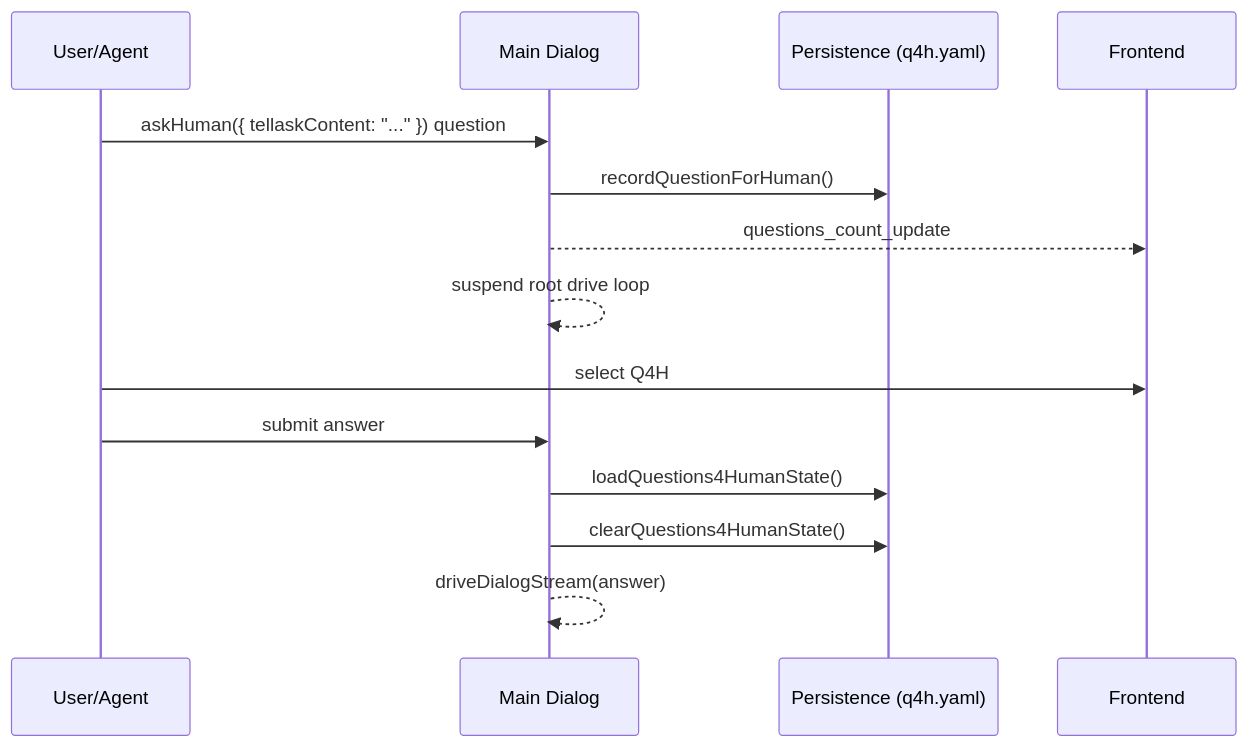
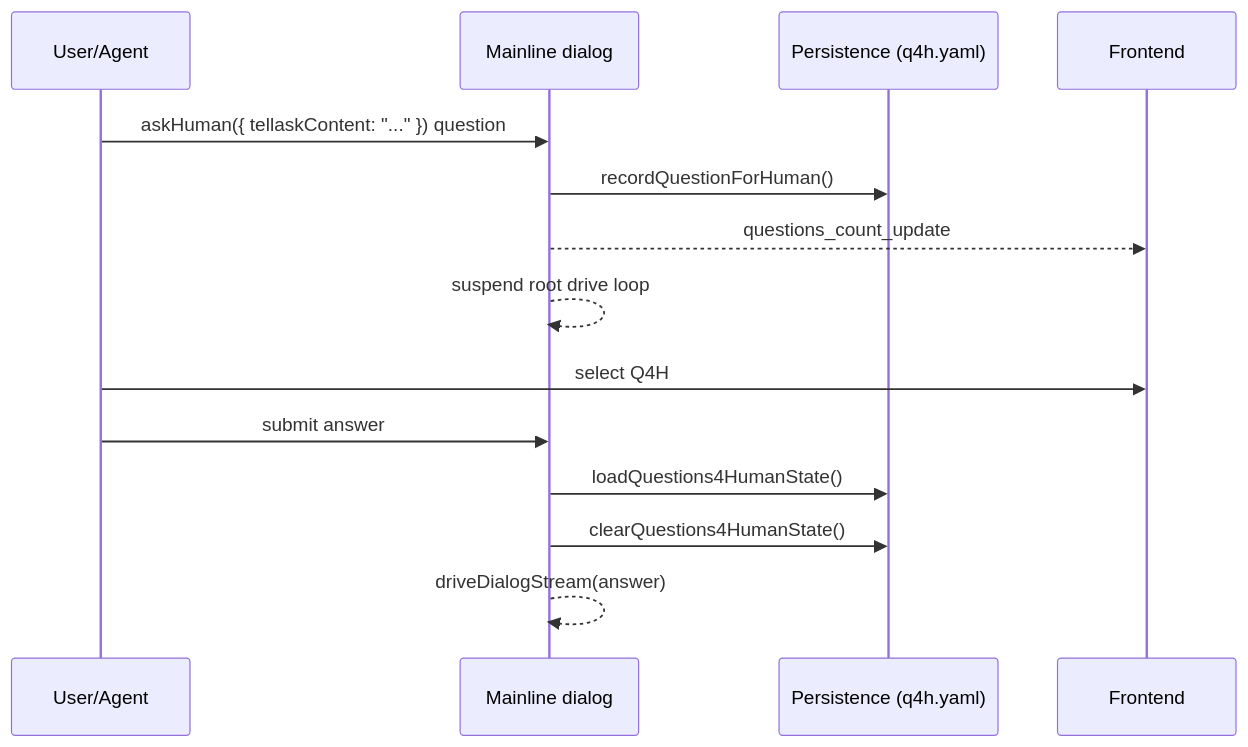
Diagram 16 of 18 in docs/dialog-system.md (longrun-ai/dominds), drawn with Mermaid before and after one commit. The commit also changed other lines of this file and 195 other files, not shown here.

````diff
--- a/docs/dialog-system.md
+++ b/docs/dialog-system.md
@@ -1370,18 +1372,18 @@
 ```mermaid
 sequenceDiagram
   participant User as User/Agent
-  participant Main as Main Dialog
+  participant Main as Mainline dialog
   participant Store as Persistence (q4h.yaml)
   participant UI as Frontend
 
   User->>Main: askHuman({ tellaskContent: "..." }) question
   Main->>Store: recordQuestionForHuman()
   Main-->>UI: questions_count_update
   Main-->>Main: suspend root drive loop
 
   User->>UI: select Q4H
   User->>Main: submit answer
   Main->>Store: loadQuestions4HumanState()
   Main->>Store: clearQuestions4HumanState()
   Main-->>Main: driveDialogStream(answer)
 ```
````
